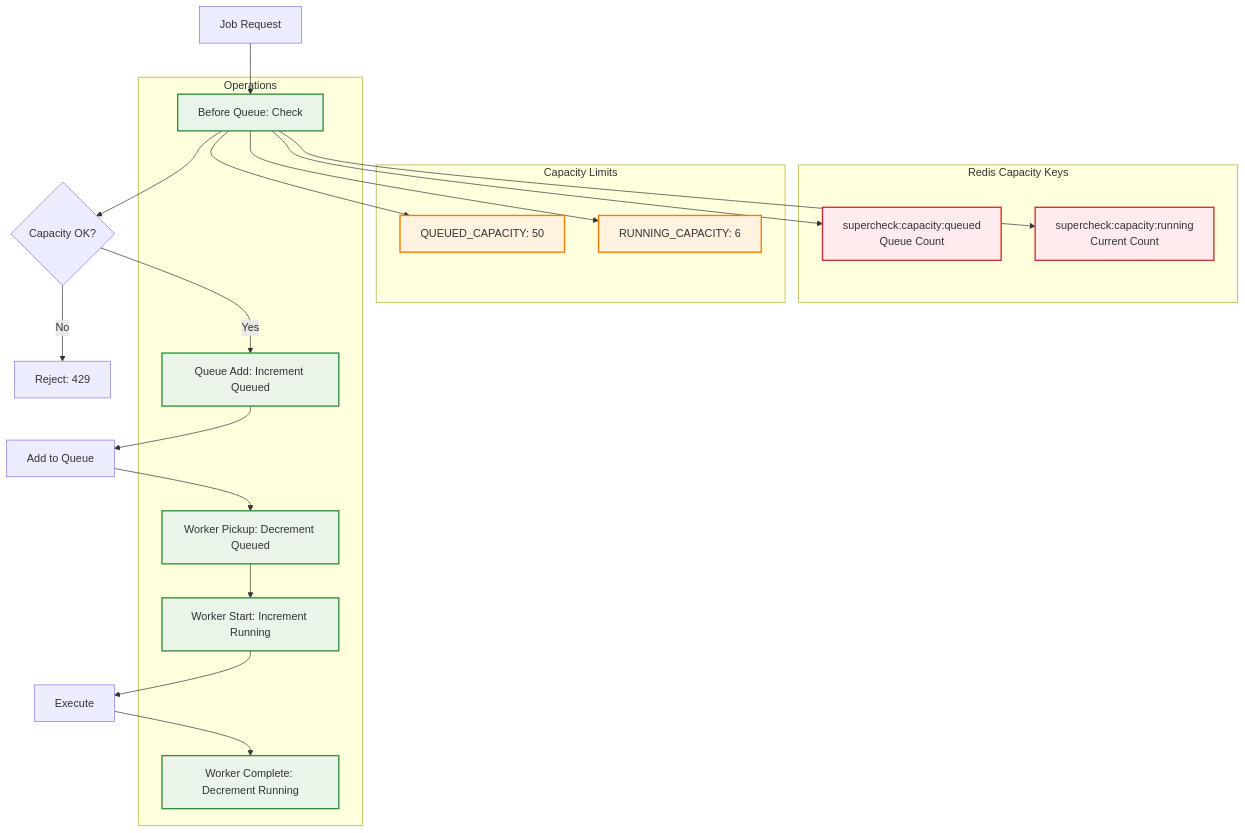
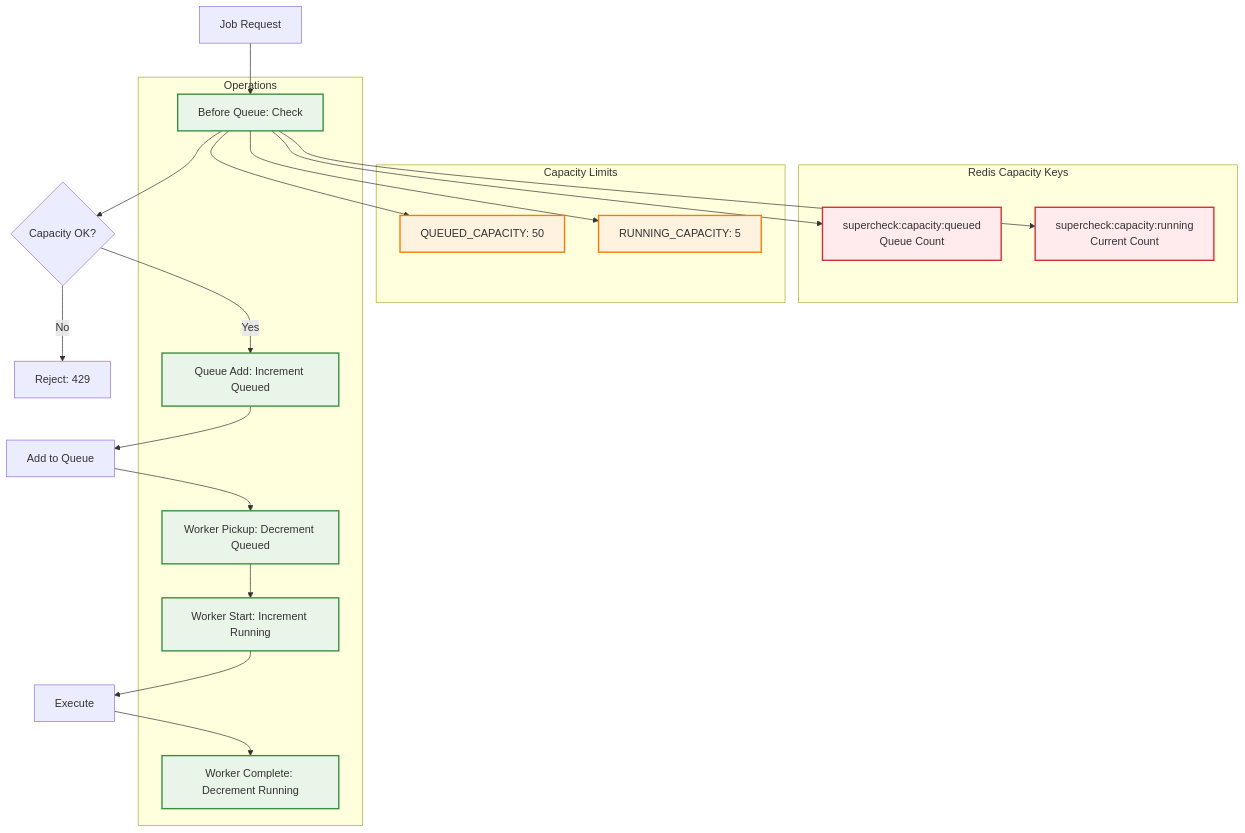
One commit to supercheck-io/supercheck changed diagram 18 of 26 in specs/TEST_EXECUTION_AND_JOB_QUEUE_FLOW.md. Above: the diagram before and after it, drawn with Mermaid. The commit also changed other lines of this file and 6 other files, not shown here.

````diff
--- a/specs/TEST_EXECUTION_AND_JOB_QUEUE_FLOW.md
+++ b/specs/TEST_EXECUTION_AND_JOB_QUEUE_FLOW.md
@@ -854,42 +854,42 @@
 ```mermaid
 graph TB
     subgraph "Redis Capacity Keys"
         K1["supercheck:capacity:running"<br/>Current Count]
         K2["supercheck:capacity:queued"<br/>Queue Count]
     end
 
     subgraph "Capacity Limits"
-        L1["RUNNING_CAPACITY: 6"]
+        L1["RUNNING_CAPACITY: 5"]
         L2["QUEUED_CAPACITY: 50"]
     end
 
     subgraph "Operations"
         O1["Before Queue: Check"]
         O2["Worker Start: Increment Running"]
         O3["Worker Complete: Decrement Running"]
         O4["Queue Add: Increment Queued"]
         O5["Worker Pickup: Decrement Queued"]
     end
 
     A[Job Request] --> O1
     O1 --> K1 & K2
     O1 --> L1 & L2
 
     O1 --> D{Capacity OK?}
     D -->|Yes| O4
     D -->|No| E["Reject: 429"]
 
     O4 --> F[Add to Queue]
     F --> O5
     O5 --> O2
     O2 --> G[Execute]
     G --> O3
 
     classDef redis fill:#ffebee,stroke:#d32f2f,stroke-width:2px
     classDef limit fill:#fff3e0,stroke:#f57c00,stroke-width:2px
     classDef op fill:#e8f5e8,stroke:#388e3c,stroke-width:2px
 
     class K1,K2 redis
     class L1,L2 limit
     class O1,O2,O3,O4,O5 op
 ```
````
